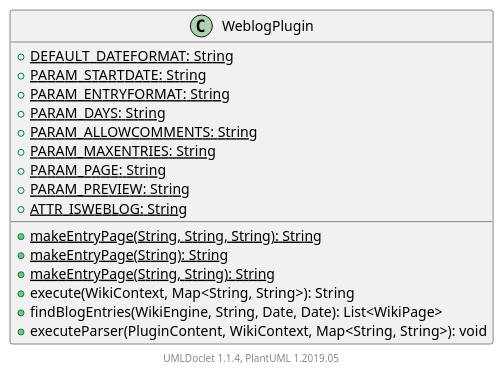
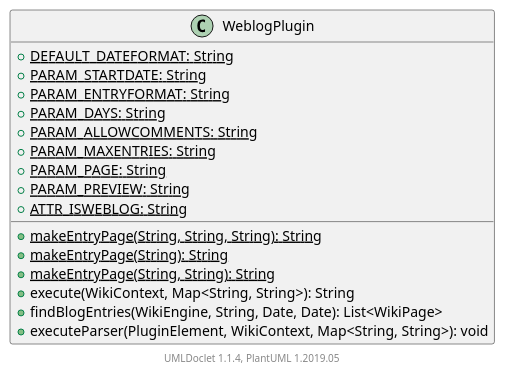
One commit to apache/jspwiki-site changed the diagram in apidocs/2.11.0.M7-SNAPSHOT/org/apache/wiki/plugin/WeblogPlugin.puml. Above: the diagram before and after it, drawn with PlantUML. The commit also changed 1140 other files, not shown here.

```diff
--- a/apidocs/2.11.0.M7-SNAPSHOT/org/apache/wiki/plugin/WeblogPlugin.puml
+++ b/apidocs/2.11.0.M7-SNAPSHOT/org/apache/wiki/plugin/WeblogPlugin.puml
@@ -1,23 +1,23 @@
 @startuml
 
     class WeblogPlugin [[WeblogPlugin.html]] {
         {static} +DEFAULT_DATEFORMAT: String
         {static} +PARAM_STARTDATE: String
         {static} +PARAM_ENTRYFORMAT: String
         {static} +PARAM_DAYS: String
         {static} +PARAM_ALLOWCOMMENTS: String
         {static} +PARAM_MAXENTRIES: String
         {static} +PARAM_PAGE: String
         {static} +PARAM_PREVIEW: String
         {static} +ATTR_ISWEBLOG: String
         {static} +makeEntryPage(String, String, String): String
         {static} +makeEntryPage(String): String
         {static} +makeEntryPage(String, String): String
         +execute(WikiContext, Map<String, String>): String
         +findBlogEntries(WikiEngine, String, Date, Date): List<WikiPage>
-        +executeParser(PluginContent, WikiContext, Map<String, String>): void
+        +executeParser(PluginElement, WikiContext, Map<String, String>): void
     }
 
 
     center footer UMLDoclet 1.1.4, PlantUML 1.2019.05
 @enduml
```
